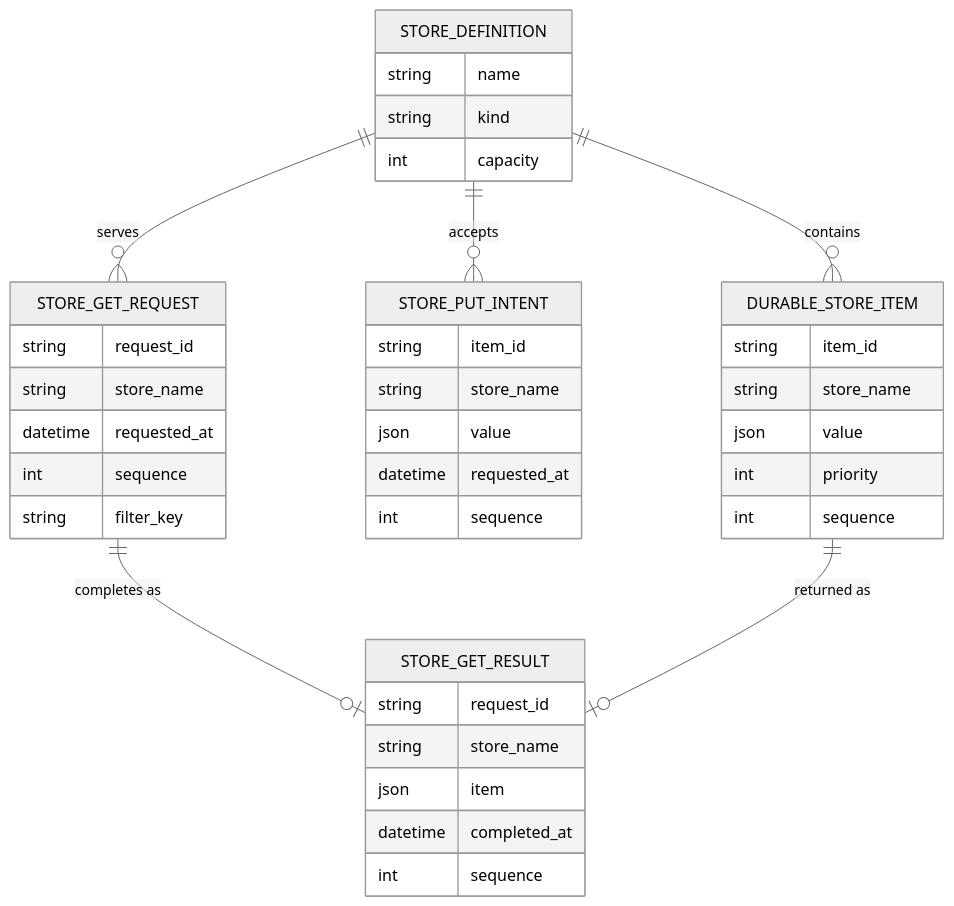
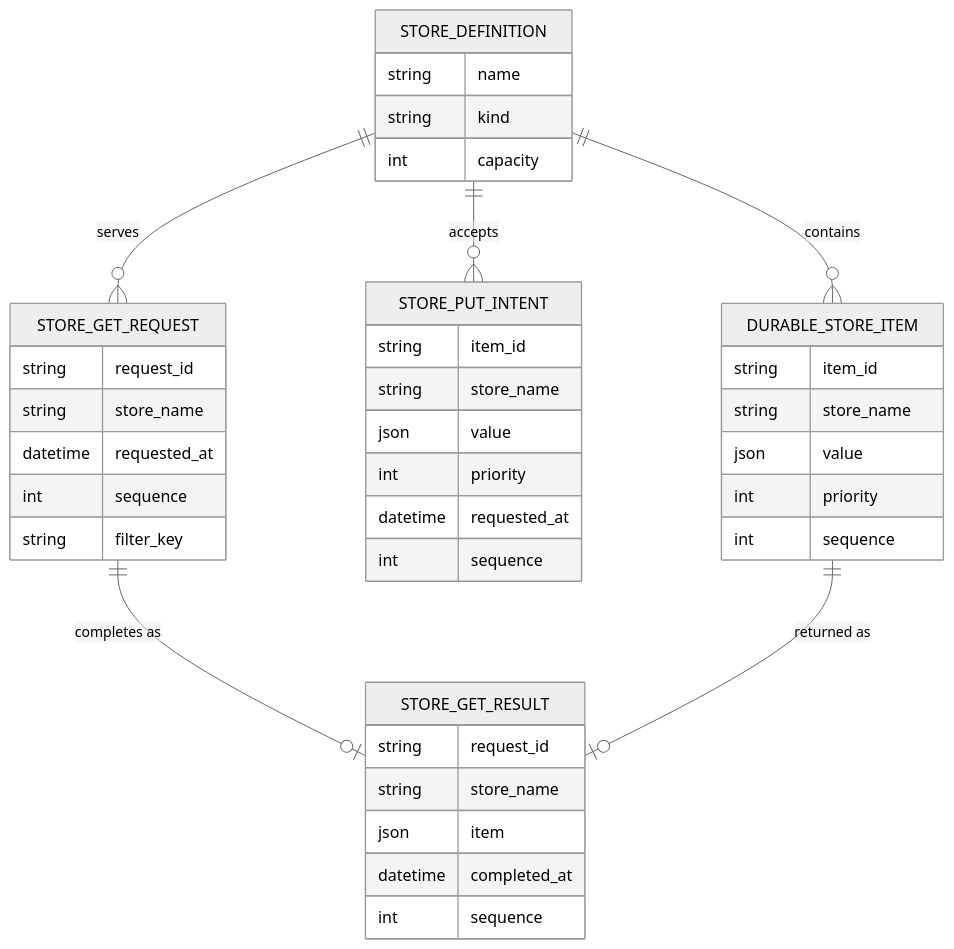
Before and after one commit to brunolnetto/sose: the fourth of 5 diagrams in docs/architecture/persistent-model.md, drawn with Mermaid (neutral theme). The commit also changed other lines of this file, not shown here.

````diff
--- a/docs/architecture/persistent-model.md
+++ b/docs/architecture/persistent-model.md
@@ -180,46 +190,47 @@
 ```mermaid
 erDiagram
     STORE_DEFINITION ||--o{ DURABLE_STORE_ITEM : "contains"
     STORE_DEFINITION ||--o{ STORE_PUT_INTENT : "accepts"
     STORE_DEFINITION ||--o{ STORE_GET_REQUEST : "serves"
     STORE_GET_REQUEST ||--o| STORE_GET_RESULT : "completes as"
     DURABLE_STORE_ITEM ||--o| STORE_GET_RESULT : "returned as"
 
     STORE_DEFINITION {
         string name
         string kind
         int capacity
     }
 
     DURABLE_STORE_ITEM {
         string item_id
         string store_name
         json value
         int priority
         int sequence
     }
 
     STORE_PUT_INTENT {
         string item_id
         string store_name
         json value
+        int priority
         datetime requested_at
         int sequence
     }
 
     STORE_GET_REQUEST {
         string request_id
         string store_name
         datetime requested_at
         int sequence
         string filter_key
     }
 
     STORE_GET_RESULT {
         string request_id
         string store_name
         json item
         datetime completed_at
         int sequence
     }
 ```
````
